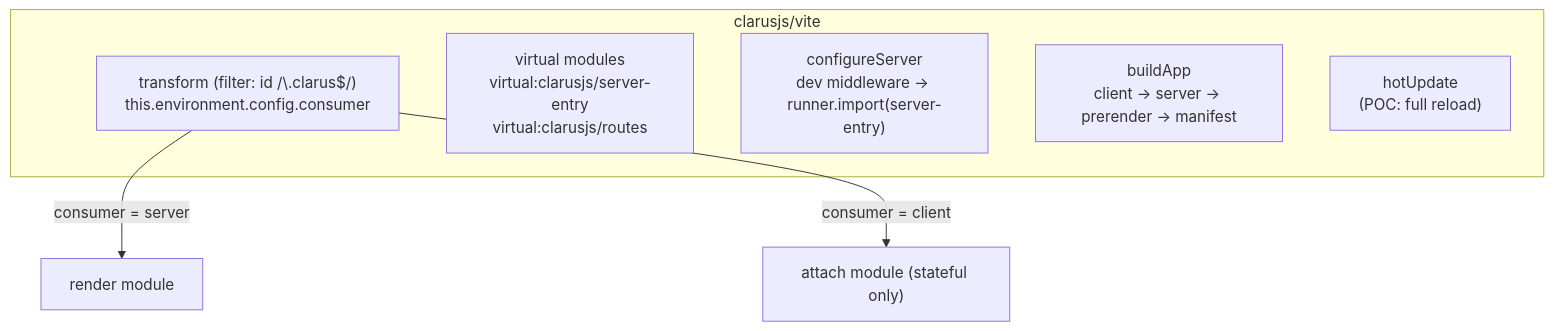
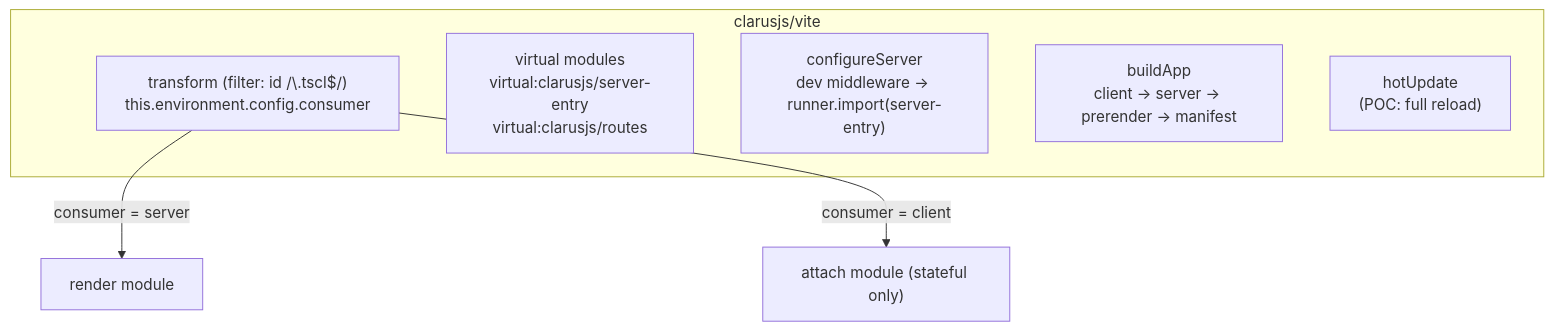
Before and after one commit to forinda/clarusjs: the sixth of 8 diagrams in docs/architecture.md, drawn with Mermaid. The commit also changed other lines of this file and 135 other files, not shown here.

First line of the commit message:
feat!: rename the component extension from .clarus to .tscl

````diff
--- a/docs/architecture.md
+++ b/docs/architecture.md
@@ -387,12 +387,12 @@
 ```mermaid
 flowchart TD
   subgraph Plugin["clarusjs/vite"]
-    T["transform (filter: id /\.clarus$/)<br/>this.environment.config.consumer"]
+    T["transform (filter: id /\.tscl$/)<br/>this.environment.config.consumer"]
     V["virtual modules<br/>virtual:clarusjs/server-entry<br/>virtual:clarusjs/routes"]
     D["configureServer<br/>dev middleware → runner.import(server-entry)"]
     B["buildApp<br/>client → server → prerender → manifest"]
     HMR["hotUpdate<br/>(POC: full reload)"]
   end
   T -->|consumer = server| SR["render module"]
   T -->|consumer = client| CL["attach module (stateful only)"]
 ```
````
